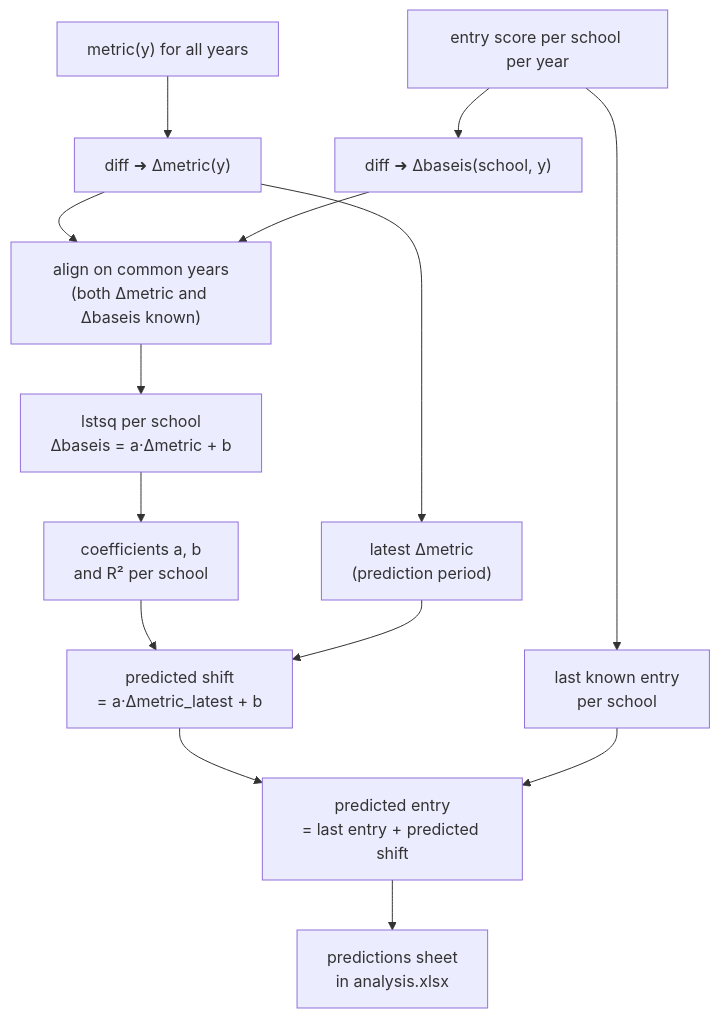
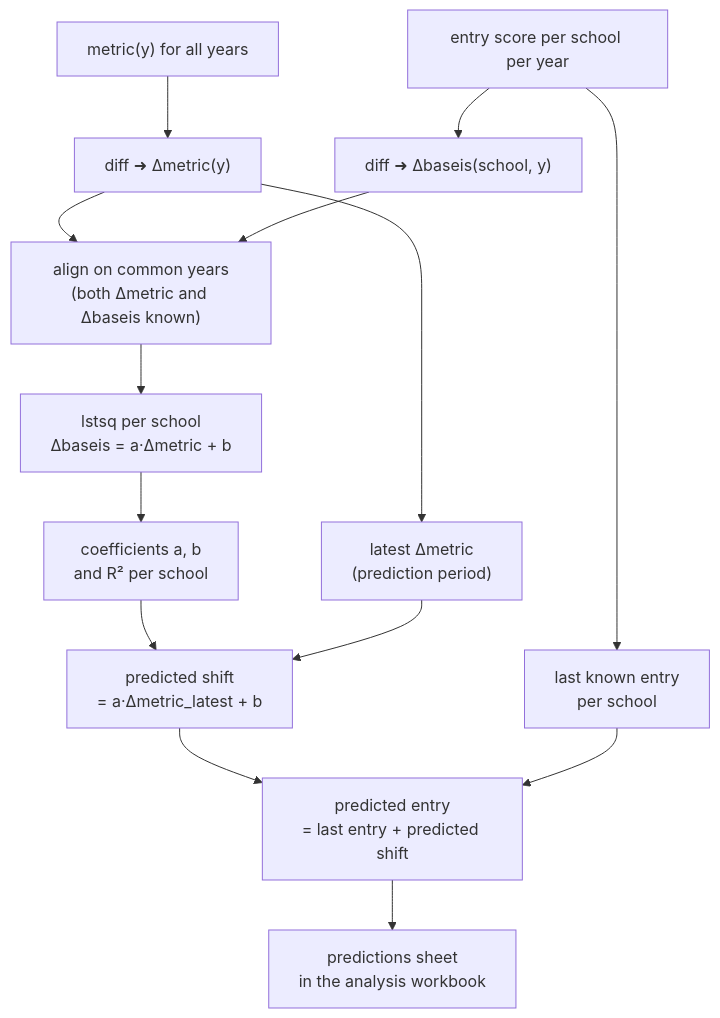
One commit to npapnet/dear_niece changed the second of 2 diagrams in docs/source/methodology.md. Above: the diagram before and after it, drawn with Mermaid. The commit also changed other lines of this file and 17 other files, not shown here.

````diff
--- a/docs/source/methodology.md
+++ b/docs/source/methodology.md
@@ -175,16 +182,16 @@
 ```{mermaid}
 flowchart TD
     A["metric(y) for all years"] --> B["diff ➜ Δmetric(y)"]
     C["entry score per school per year"] --> D["diff ➜ Δbaseis(school, y)"]
     B --> E["align on common years\n(both Δmetric and Δbaseis known)"]
     D --> E
     E --> F["lstsq per school\nΔbaseis = a·Δmetric + b"]
     F --> G["coefficients a, b\nand R² per school"]
     B --> H["latest Δmetric\n(prediction period)"]
     G --> I["predicted shift\n= a·Δmetric_latest + b"]
     H --> I
     C --> J["last known entry\nper school"]
     I --> K["predicted entry\n= last entry + predicted shift"]
     J --> K
-    K --> L["predictions sheet\nin analysis.xlsx"]
+    K --> L["predictions sheet\nin the analysis workbook"]
 ```
````
